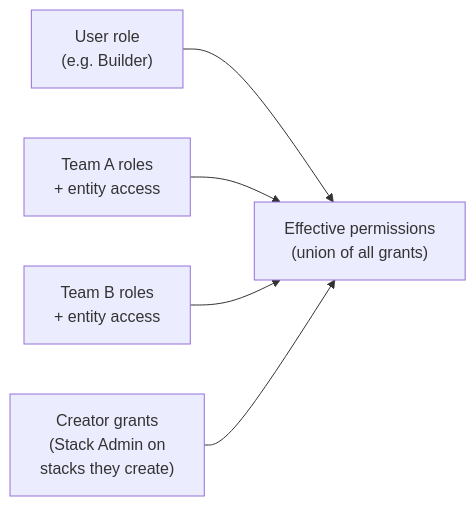
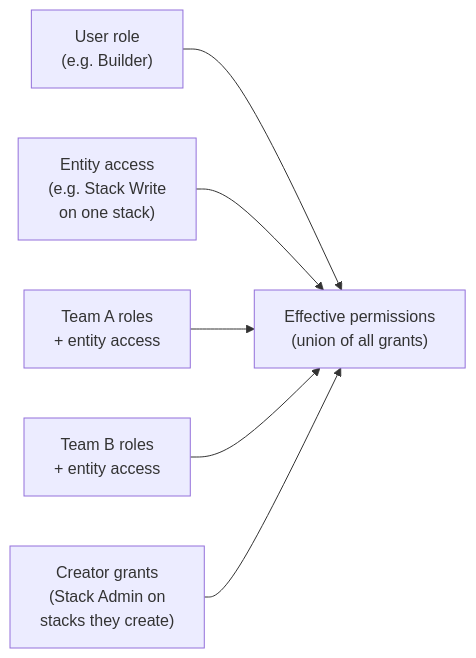
One commit to pulumi/docs changed the diagram in content/docs/administration/concepts/rbac/_index.md. Above: the diagram before and after it, drawn with Mermaid. The commit also changed other lines of this file and 27 other files, not shown here.

````diff
--- a/content/docs/administration/concepts/rbac/_index.md
+++ b/content/docs/administration/concepts/rbac/_index.md
@@ -50,7 +51,8 @@
 ```mermaid
 flowchart LR
     UR["User role<br/>(e.g. Builder)"] --> EFF["Effective permissions<br/>(union of all grants)"]
+    UE["Entity access<br/>(e.g. Stack Write<br/>on one stack)"] --> EFF
     TA["Team A roles<br/>+ entity access"] --> EFF
     TB["Team B roles<br/>+ entity access"] --> EFF
     CG["Creator grants<br/>(Stack Admin on<br/>stacks they create)"] --> EFF
 ```
````
